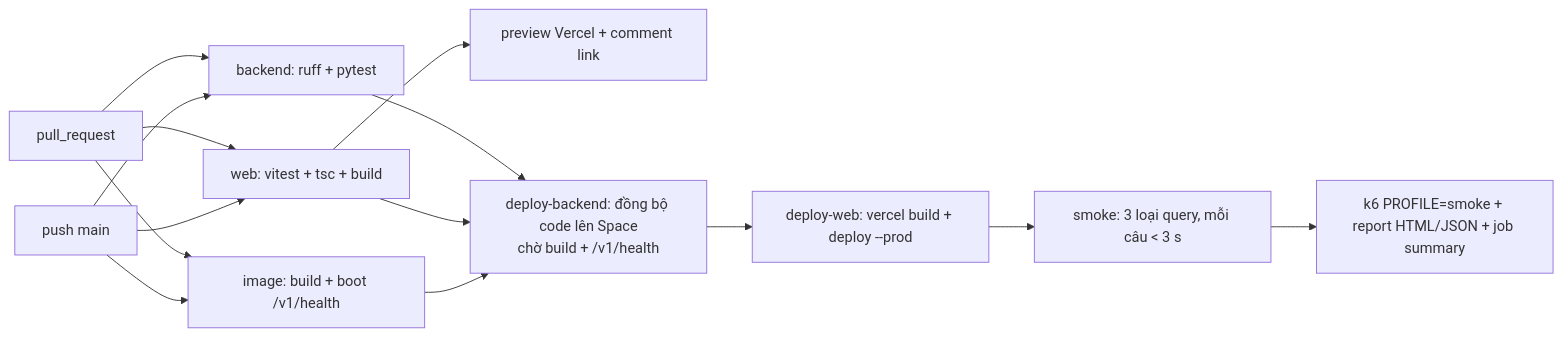
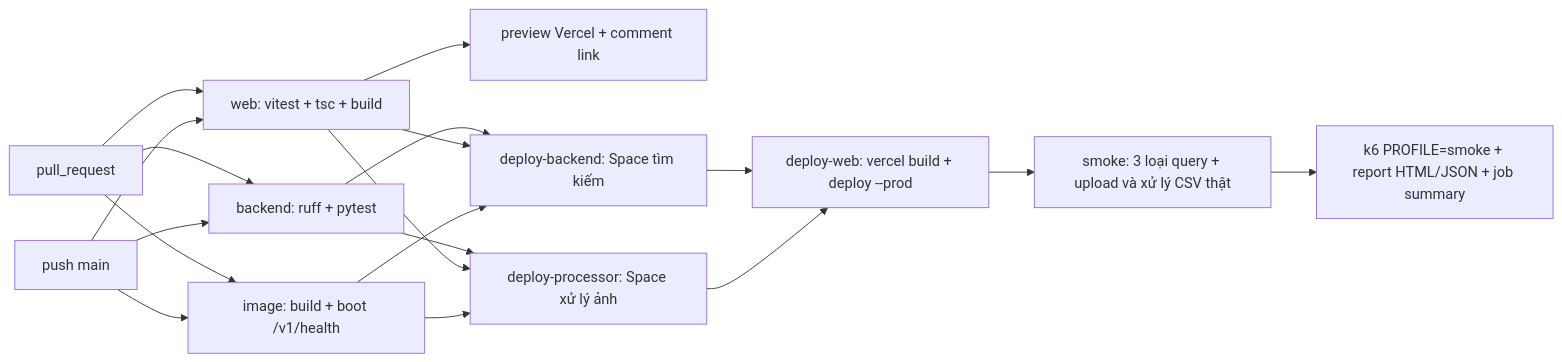
One commit to vuongej/heritage-image-retrieval changed the second of 2 diagrams in docs/deploy.md. Above: the diagram before and after it, drawn with Mermaid. The commit also changed other lines of this file and 7 other files, not shown here.

Commit message:
Fix cloud processing: deploy private Space and verify CSV pipeline

````diff
--- a/docs/deploy.md
+++ b/docs/deploy.md
@@ -55,12 +55,13 @@
 ```mermaid
 flowchart LR
     PR[pull_request] --> B[backend: ruff + pytest]
     PR --> W[web: vitest + tsc + build]
     PR --> I[image: build + boot /v1/health]
     W --> PV[preview Vercel + comment link]
     M[push main] --> B & W & I
-    B & W & I --> DB[deploy-backend: đồng bộ code lên Space<br/>chờ build + /v1/health]
-    DB --> DW[deploy-web: vercel build + deploy --prod]
-    DW --> SM[smoke: 3 loại query, mỗi câu < 3 s]
+    B & W & I --> DB[deploy-backend: Space tìm kiếm]
+    B & W & I --> DP[deploy-processor: Space xử lý ảnh]
+    DB & DP --> DW[deploy-web: vercel build + deploy --prod]
+    DW --> SM[smoke: 3 loại query + upload và xử lý CSV thật]
     SM --> K6[k6 PROFILE=smoke + report HTML/JSON + job summary]
 ```
````
